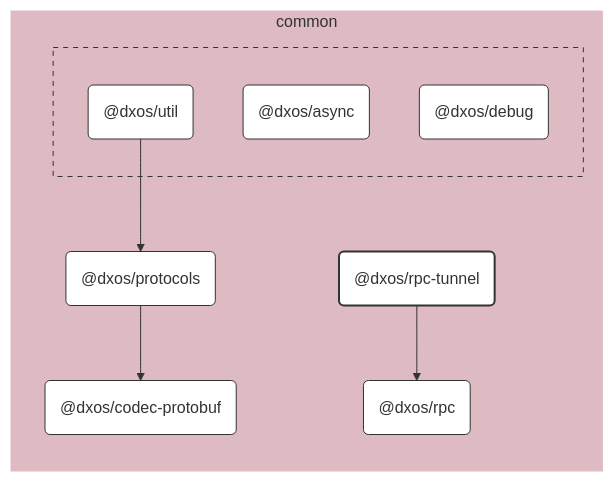
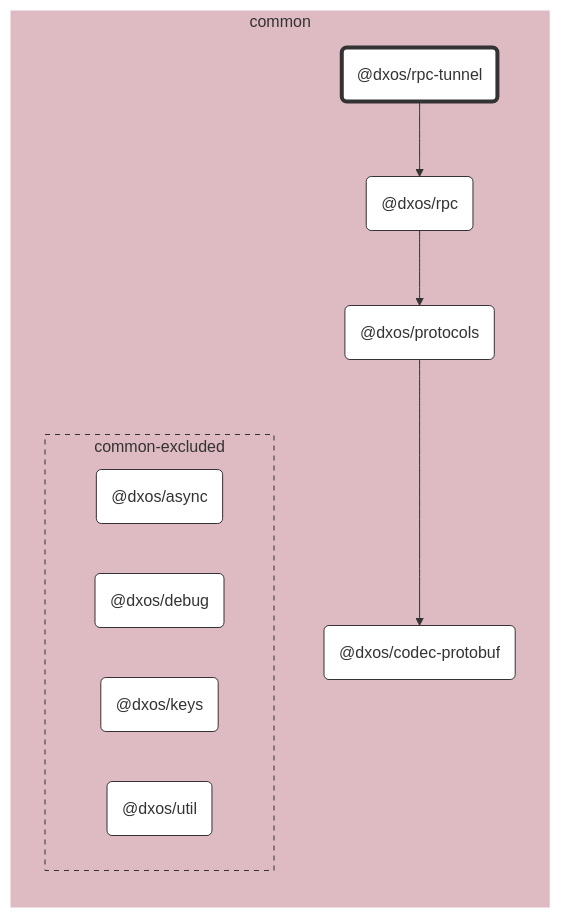
Before and after one commit to dxos/dxos: the diagram in packages/common/rpc-tunnel/docs/README.md, drawn with Mermaid. The commit also changed other lines of this file and 683 other files, not shown here.

````diff
--- a/packages/common/rpc-tunnel/docs/README.md
+++ b/packages/common/rpc-tunnel/docs/README.md
@@ -7,51 +7,41 @@
 ```mermaid
 %%{ init: {'flowchart':{'curve':'basis'}} }%%
 
 flowchart LR
 
-%% Links
-dxos/protocols --> dxos/codec-protobuf;
-dxos/rpc-tunnel --> dxos/rpc;
-dxos/util --> dxos/protocols;
+%% Classes
+classDef def fill:#fff,stroke:#333,stroke-width:1px
+classDef root fill:#fff,stroke:#333,stroke-width:4px
 
-%% Sections
-subgraph common
-  style common fill:#debac2,stroke:#fff;
+%% Nodes
 
-  dxos/codec-protobuf("@dxos/codec-protobuf")
-  dxos/protocols("@dxos/protocols")
-  dxos/rpc("@dxos/rpc")
-  dxos/rpc-tunnel("@dxos/rpc-tunnel")
+subgraph common [common]
+  style common fill:#debac2,stroke:#fff
+  dxos/rpc-tunnel("@dxos/rpc-tunnel"):::root
+  click dxos/rpc-tunnel "dxos/dxos/tree/main/packages/common/rpc-tunnel/docs"
+  dxos/rpc("@dxos/rpc"):::def
+  click dxos/rpc "dxos/dxos/tree/main/packages/common/rpc/docs"
+  dxos/codec-protobuf("@dxos/codec-protobuf"):::def
+  click dxos/codec-protobuf "dxos/dxos/tree/main/packages/common/codec-protobuf/docs"
+  dxos/protocols("@dxos/protocols"):::def
+  click dxos/protocols "dxos/dxos/tree/main/packages/common/protocols/docs"
 
-  subgraph common-excluded [ ]
-    style common-excluded fill:#debac2,stroke:#333,stroke-dasharray:5 5;
-
-    dxos/async("@dxos/async")
-    dxos/debug("@dxos/debug")
-    dxos/util("@dxos/util")
+  subgraph common-excluded [common-excluded]
+    style common-excluded fill:#debac2,stroke:#333,stroke-dasharray:5 5
+    dxos/async("@dxos/async"):::def
+    click dxos/async "dxos/dxos/tree/main/packages/common/async/docs"
+    dxos/debug("@dxos/debug"):::def
+    click dxos/debug "dxos/dxos/tree/main/packages/common/debug/docs"
+    dxos/keys("@dxos/keys"):::def
+    click dxos/keys "dxos/dxos/tree/main/packages/common/keys/docs"
+    dxos/util("@dxos/util"):::def
+    click dxos/util "dxos/dxos/tree/main/packages/common/util/docs"
   end
 end
 
-
-%% Hyperlinks
-click dxos/async "dxos/dxos/tree/main/packages/common/async/docs";
-click dxos/codec-protobuf "dxos/dxos/tree/main/packages/common/codec-protobuf/docs";
-click dxos/debug "dxos/dxos/tree/main/packages/common/debug/docs";
-click dxos/protocols "dxos/dxos/tree/main/packages/common/protocols/docs";
-click dxos/rpc "dxos/dxos/tree/main/packages/common/rpc/docs";
-click dxos/util "dxos/dxos/tree/main/packages/common/util/docs";
-
-%% Styles
-classDef rootNode fill:#fff,stroke:#333,stroke-width:2px
-classDef defaultNode fill:#fff,stroke:#333,stroke-width:1px
+%% Links
 linkStyle default stroke:#333,stroke-width:1px
-
-dxos/rpc-tunnel:::rootNode
-
-dxos/async:::defaultNode
-dxos/codec-protobuf:::defaultNode
-dxos/debug:::defaultNode
-dxos/protocols:::defaultNode
-dxos/rpc:::defaultNode
-dxos/util:::defaultNode
+dxos/rpc-tunnel --> dxos/rpc
+dxos/rpc --> dxos/protocols
+dxos/protocols --> dxos/codec-protobuf
 ```
````
